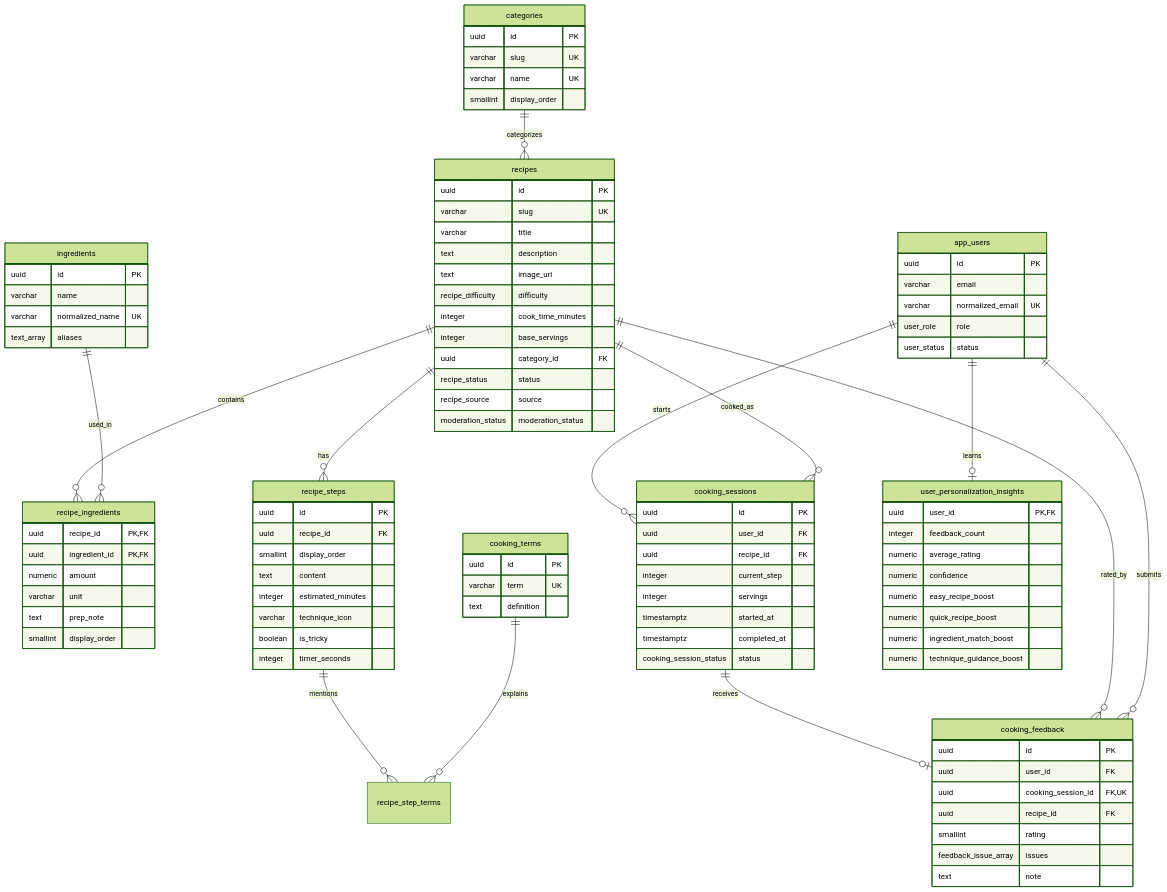
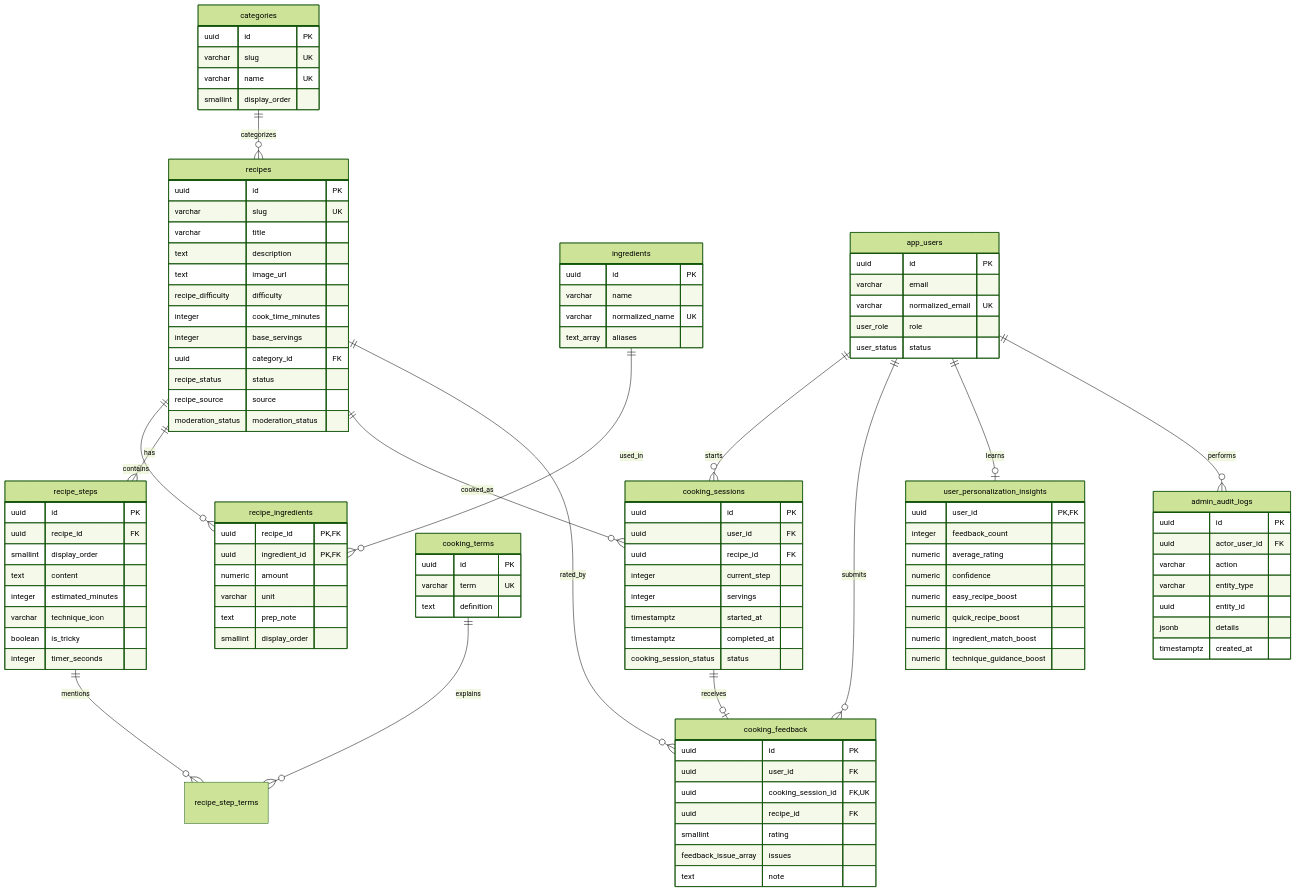
One commit to dangvibaominh-hub/be-an-gi-gio changed the diagram in docs/ERD.md. Above: the diagram before and after it, drawn with Mermaid (forest theme). The commit also changed 12 other files, not shown here.

````diff
--- a/docs/ERD.md
+++ b/docs/ERD.md
@@ -14,6 +14,7 @@
   recipes ||--o{ cooking_feedback : rated_by
   app_users ||--o{ cooking_feedback : submits
   app_users ||--o| user_personalization_insights : learns
+  app_users ||--o{ admin_audit_logs : performs
 
   categories {
     uuid id PK
@@ -109,4 +110,14 @@
     numeric ingredient_match_boost
     numeric technique_guidance_boost
   }
+
+  admin_audit_logs {
+    uuid id PK
+    uuid actor_user_id FK
+    varchar action
+    varchar entity_type
+    uuid entity_id
+    jsonb details
+    timestamptz created_at
+  }
 ```
````
